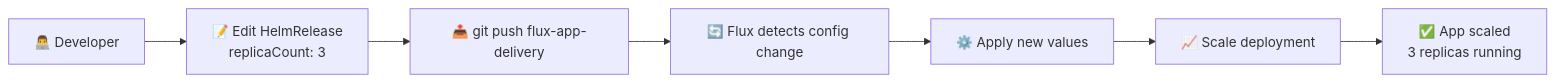
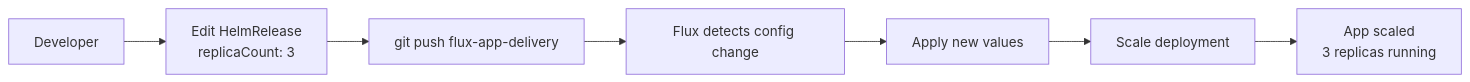
One commit to paraskanwarit/flux-app-delivery changed the second of 2 diagrams in diagrams/change-workflow.md. Above: the diagram before and after it, drawn with Mermaid. The commit also changed other lines of this file and 2 other files, not shown here.

````diff
--- a/diagrams/change-workflow.md
+++ b/diagrams/change-workflow.md
@@ -23,9 +23,9 @@
 ```mermaid
 flowchart LR
-    A[👨‍💻 Developer] --> B[📝 Edit HelmRelease<br/>replicaCount: 3]
-    B --> C[📤 git push flux-app-delivery]
-    C --> D[🔄 Flux detects config change]
-    D --> E[⚙️ Apply new values]
-    E --> F[📈 Scale deployment]
-    F --> G[✅ App scaled<br/>3 replicas running]
+    A[ Developer] --> B[ Edit HelmRelease<br/>replicaCount: 3]
+    B --> C[ git push flux-app-delivery]
+    C --> D[ Flux detects config change]
+    D --> E[ Apply new values]
+    E --> F[ Scale deployment]
+    F --> G[ App scaled<br/>3 replicas running]
 ```
````
